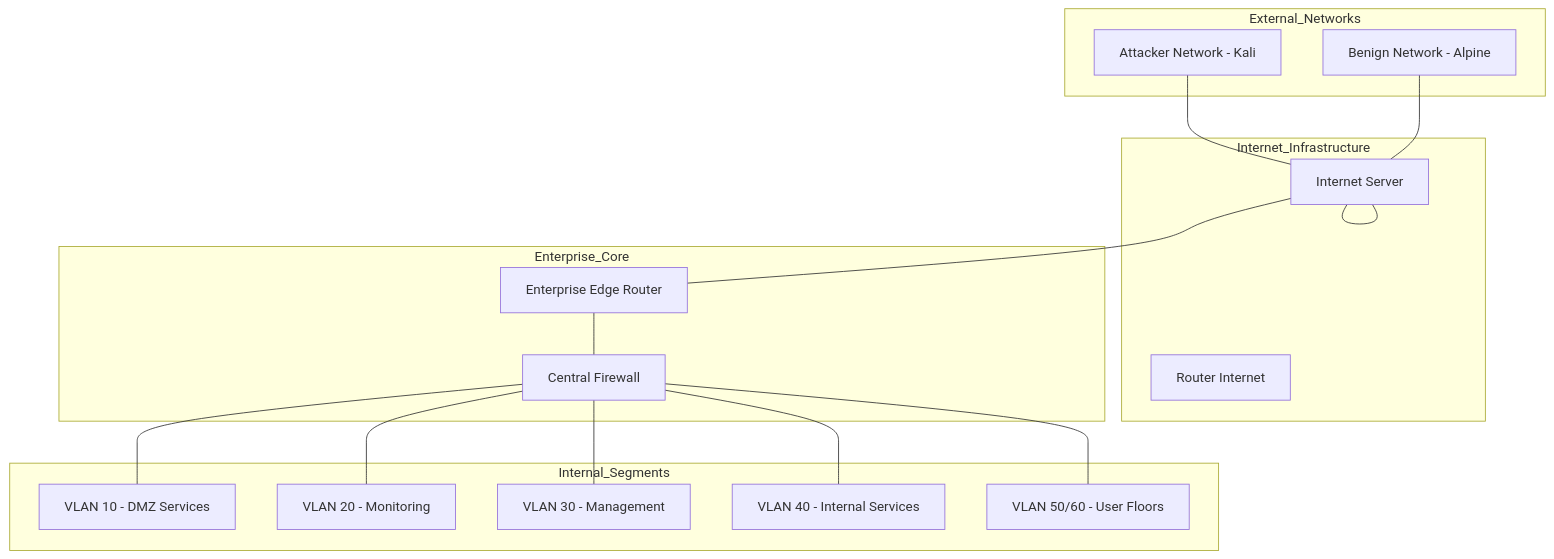
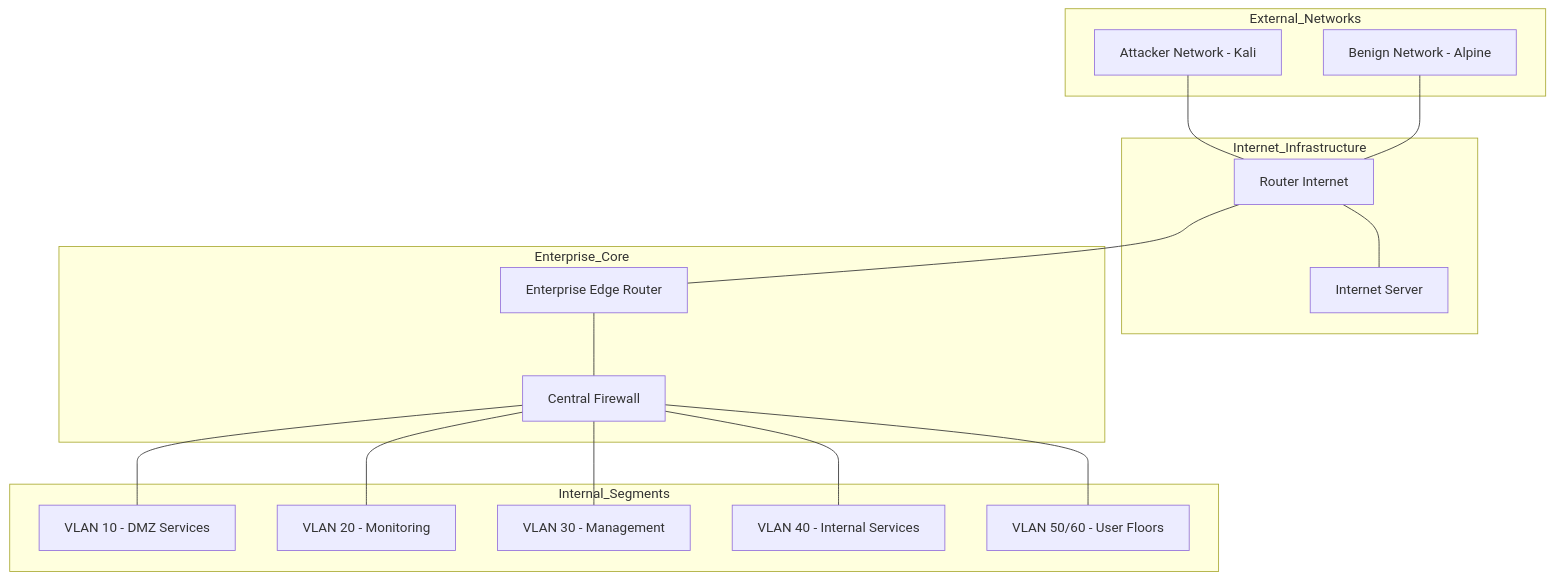
Before and after one commit to Marc-Chamorro/virtual-network-threat-detection: the diagram in docs/architecture/network-design.md, drawn with Mermaid. The commit also changed 2 other files, not shown here.

Commit message:
Format fixins

````diff
--- a/docs/architecture/network-design.md
+++ b/docs/architecture/network-design.md
@@ -30,36 +30,36 @@
 ```mermaid
 graph TD
     subgraph External_Networks
         Attacker[Attacker Network - Kali]
         Benign[Benign Network - Alpine]
     end
 
     subgraph Internet_Infrastructure
         Router_Internet[Router Internet]
         Server_Internet[Internet Server]
     end
 
     subgraph Enterprise_Core
         Router_Edge[Enterprise Edge Router]
         Firewall[Central Firewall]
     end
 
     subgraph Internal_Segments
         DMZ[VLAN 10 - DMZ Services]
         IDS[VLAN 20 - Monitoring]
         Admin[VLAN 30 - Management]
         Services[VLAN 40 - Internal Services]
         Users[VLAN 50/60 - User Floors]
     end
 
-    Attacker --- Server_Internet
-    Benign --- Server_Internet
-    Server_Internet --- Server_Internet
-    Server_Internet --- Router_Edge
+    Attacker --- Router_Internet
+    Benign --- Router_Internet
+    Router_Internet --- Server_Internet
+    Router_Internet --- Router_Edge
     Router_Edge --- Firewall
     Firewall --- DMZ
     Firewall --- IDS
     Firewall --- Admin
     Firewall --- Services
     Firewall --- Users
 ```
````
